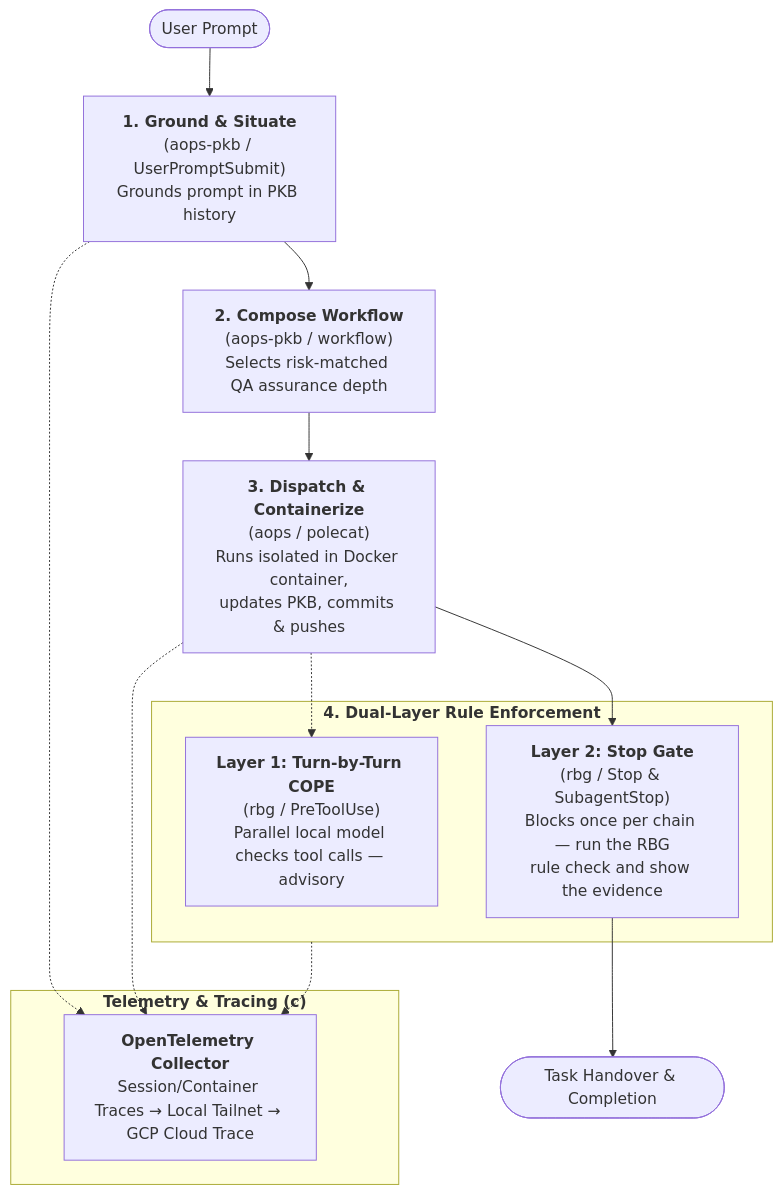
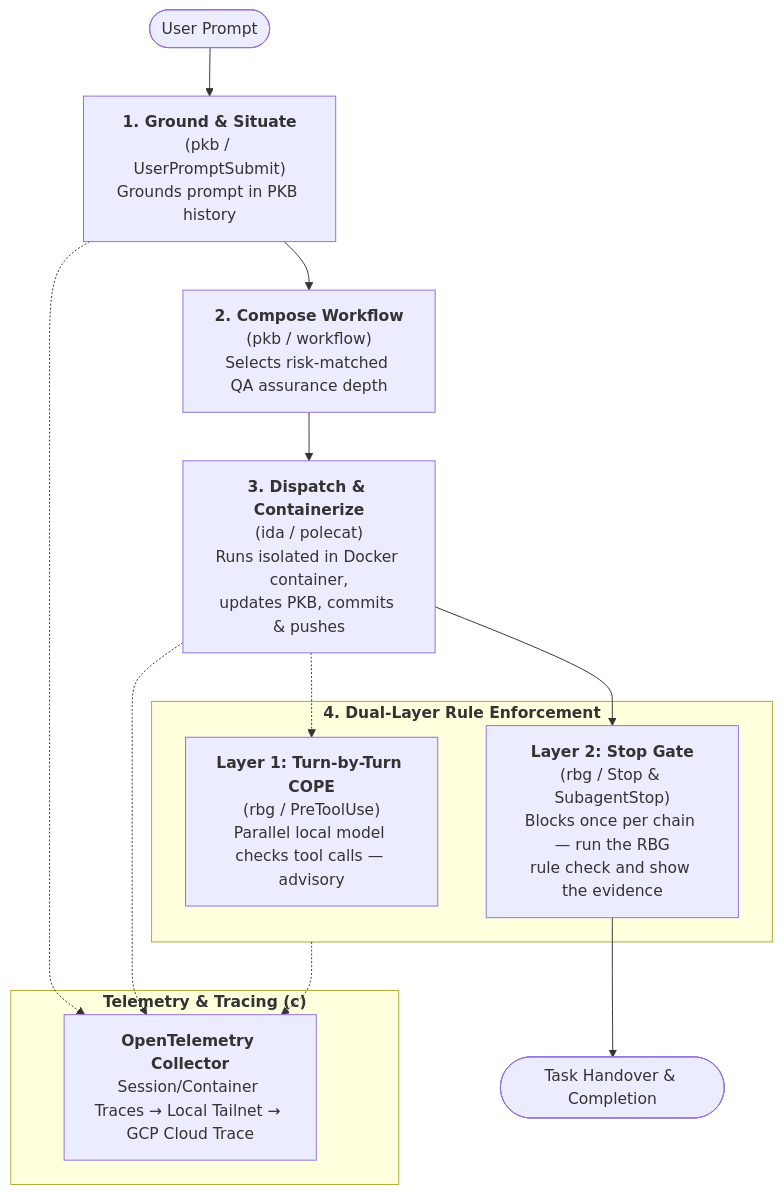
The diagram in README.md (nicsuzor/academicOps), drawn with Mermaid before and after one commit. The commit also changed other lines of this file and 34 other files, not shown here.

````diff
--- a/README.md
+++ b/README.md
@@ -16,23 +16,23 @@
 ```mermaid
 flowchart TD
-    U([User Prompt]) --> P1["<b>1. Ground & Situate</b><br/>(aops-pkb / UserPromptSubmit)<br/>Grounds prompt in PKB history"]
-    P1 --> P2["<b>2. Compose Workflow</b><br/>(aops-pkb / workflow)<br/>Selects risk-matched QA assurance depth"]
-    P2 --> P3["<b>3. Dispatch & Containerize</b><br/>(aops / polecat)<br/>Runs isolated in Docker container,<br/>updates PKB, commits & pushes"]
+    U([User Prompt]) --> P1["<b>1. Ground & Situate</b><br/>(pkb / UserPromptSubmit)<br/>Grounds prompt in PKB history"]
+    P1 --> P2["<b>2. Compose Workflow</b><br/>(pkb / workflow)<br/>Selects risk-matched QA assurance depth"]
+    P2 --> P3["<b>3. Dispatch & Containerize</b><br/>(ida / polecat)<br/>Runs isolated in Docker container,<br/>updates PKB, commits & pushes"]
     
     subgraph Enforcement["<b>4. Dual-Layer Rule Enforcement</b>"]
         E1["<b>Layer 1: Turn-by-Turn COPE</b><br/>(rbg / PreToolUse)<br/>Parallel local model checks tool calls — advisory"]
         E2["<b>Layer 2: Stop Gate</b><br/>(rbg / Stop & SubagentStop)<br/>Blocks once per chain — run the RBG<br/>rule check and show the evidence"]
     end
 
     P3 -.-> E1
     P3 --> E2
     E2 --> F([Task Handover & Completion])
 
     subgraph Tracing["<b>Telemetry & Tracing (c)</b>"]
         OTEL["<b>OpenTelemetry Collector</b><br/>Session/Container Traces → Local Tailnet → GCP Cloud Trace"]
     end
 
     P1 -.-> OTEL
     P3 -.-> OTEL
     Enforcement -.-> OTEL
 ```
````
